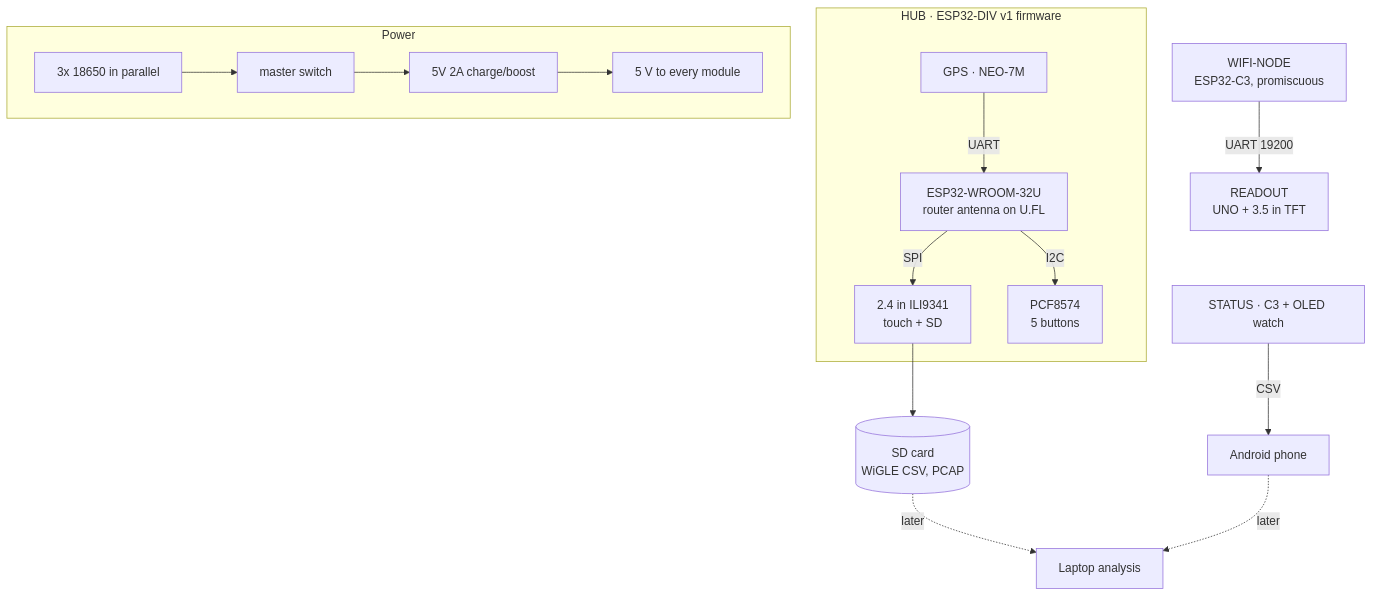
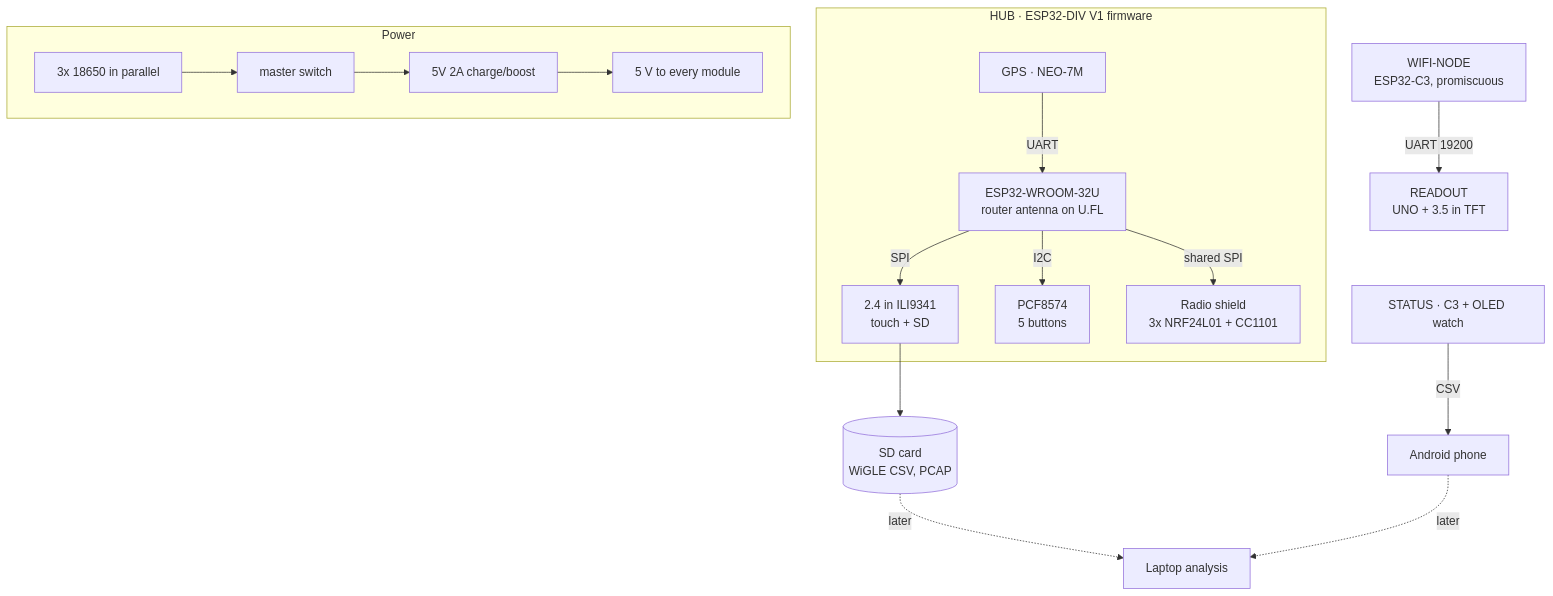
Before and after one commit to Lincalibur/War-rig-phantom: the diagram in README.md, drawn with Mermaid. The commit also changed other lines of this file and 47 other files, not shown here.

First line of the commit message:
Add C3+UNO orchestrator toolkit and Android app; pivot docs to full ESP32-DIV

````diff
--- a/README.md
+++ b/README.md
@@ -39,22 +39,24 @@
 ```mermaid
 flowchart TD
-    subgraph HUBG["HUB · ESP32-DIV v1 firmware"]
+    subgraph HUBG["HUB · ESP32-DIV V1 firmware"]
       ESP["ESP32-WROOM-32U<br/>router antenna on U.FL"]
       TFT["2.4 in ILI9341<br/>touch + SD"]
       PCF["PCF8574<br/>5 buttons"]
       GPS["GPS · NEO-7M"]
+      RADIO["Radio shield<br/>3x NRF24L01 + CC1101"]
       ESP -->|SPI| TFT
       ESP -->|I2C| PCF
       GPS -->|UART| ESP
+      ESP -->|shared SPI| RADIO
     end
     WIFI["WIFI-NODE<br/>ESP32-C3, promiscuous"] -->|UART 19200| READOUT["READOUT<br/>UNO + 3.5 in TFT"]
     STATUS["STATUS · C3 + OLED watch"] -->|CSV| PHONE["Android phone"]
     TFT --> SD[("SD card<br/>WiGLE CSV, PCAP")]
     SD -.->|later| LAPTOP["Laptop analysis"]
     PHONE -.->|later| LAPTOP
 
     subgraph POWER["Power"]
       direction LR
       BAT["3x 18650 in parallel"] --> MSW["master switch"] --> BOOST["5V 2A charge/boost"] --> RAIL["5 V to every module"]
     end
 ```
````
